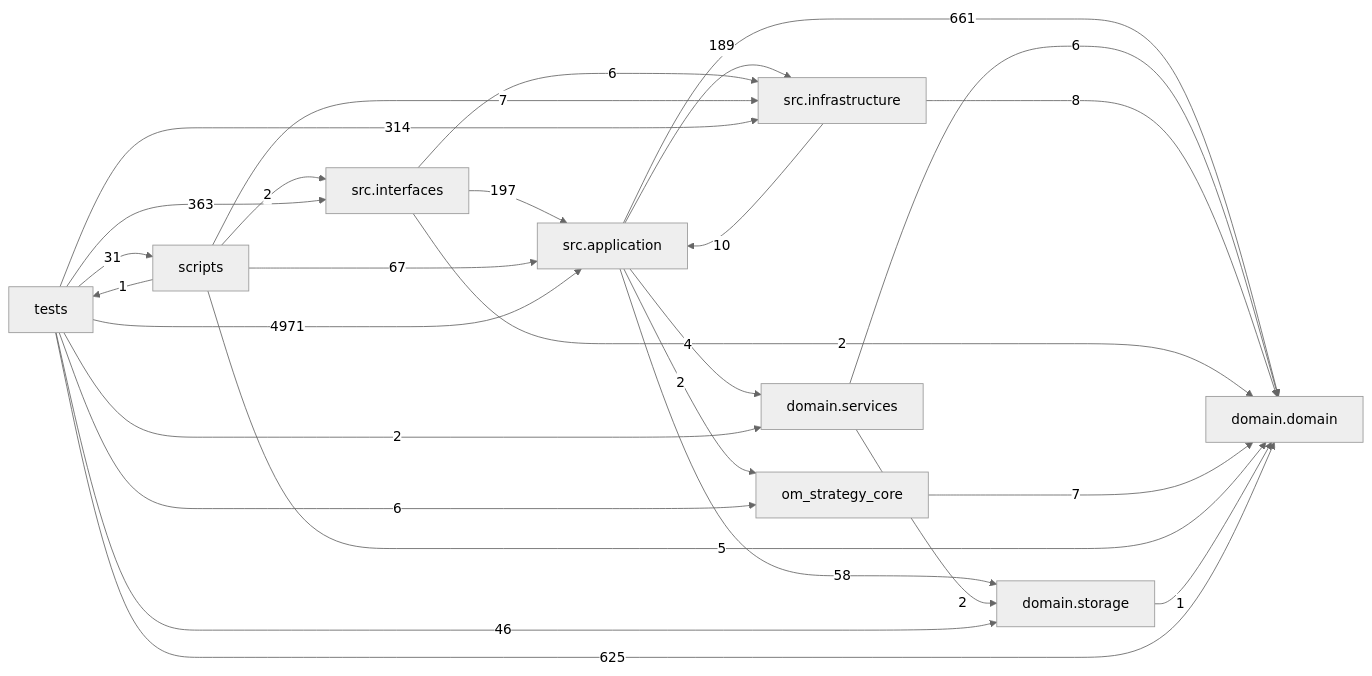
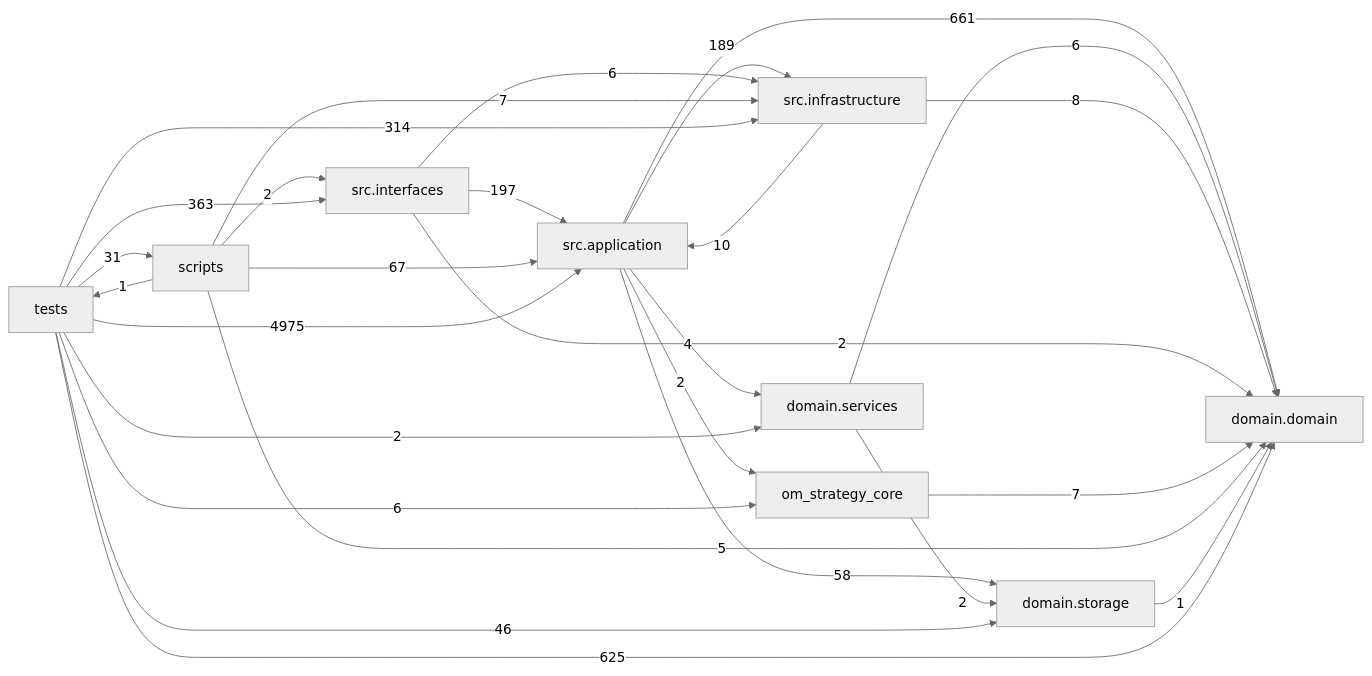
One commit to liuxie066/options-monitor changed the diagram in docs/DEPENDENCY_GRAPH.md. Above: the diagram before and after it, drawn with Mermaid (neutral theme). The commit also changed other lines of this file and 9 other files, not shown here.

````diff
--- a/docs/DEPENDENCY_GRAPH.md
+++ b/docs/DEPENDENCY_GRAPH.md
@@ -24,38 +24,38 @@
 ```mermaid
 flowchart LR
   tests["tests"]
   scripts["scripts"]
   interfaces["src.interfaces"]
   application["src.application"]
   infrastructure["src.infrastructure"]
   domain_services["domain.services"]
   domain["domain.domain"]
   storage["domain.storage"]
   application -->|661| domain
   application -->|4| domain_services
   application -->|189| infrastructure
   application -->|2| om_strategy_core
   application -->|58| storage
   domain_services -->|6| domain
   domain_services -->|2| storage
   infrastructure -->|10| application
   infrastructure -->|8| domain
   interfaces -->|197| application
   interfaces -->|2| domain
   interfaces -->|6| infrastructure
   om_strategy_core -->|7| domain
   scripts -->|67| application
   scripts -->|5| domain
   scripts -->|7| infrastructure
   scripts -->|2| interfaces
   scripts -->|1| tests
   storage -->|1| domain
-  tests -->|4971| application
+  tests -->|4975| application
   tests -->|625| domain
   tests -->|2| domain_services
   tests -->|314| infrastructure
   tests -->|363| interfaces
   tests -->|6| om_strategy_core
   tests -->|31| scripts
   tests -->|46| storage
 ```
````
